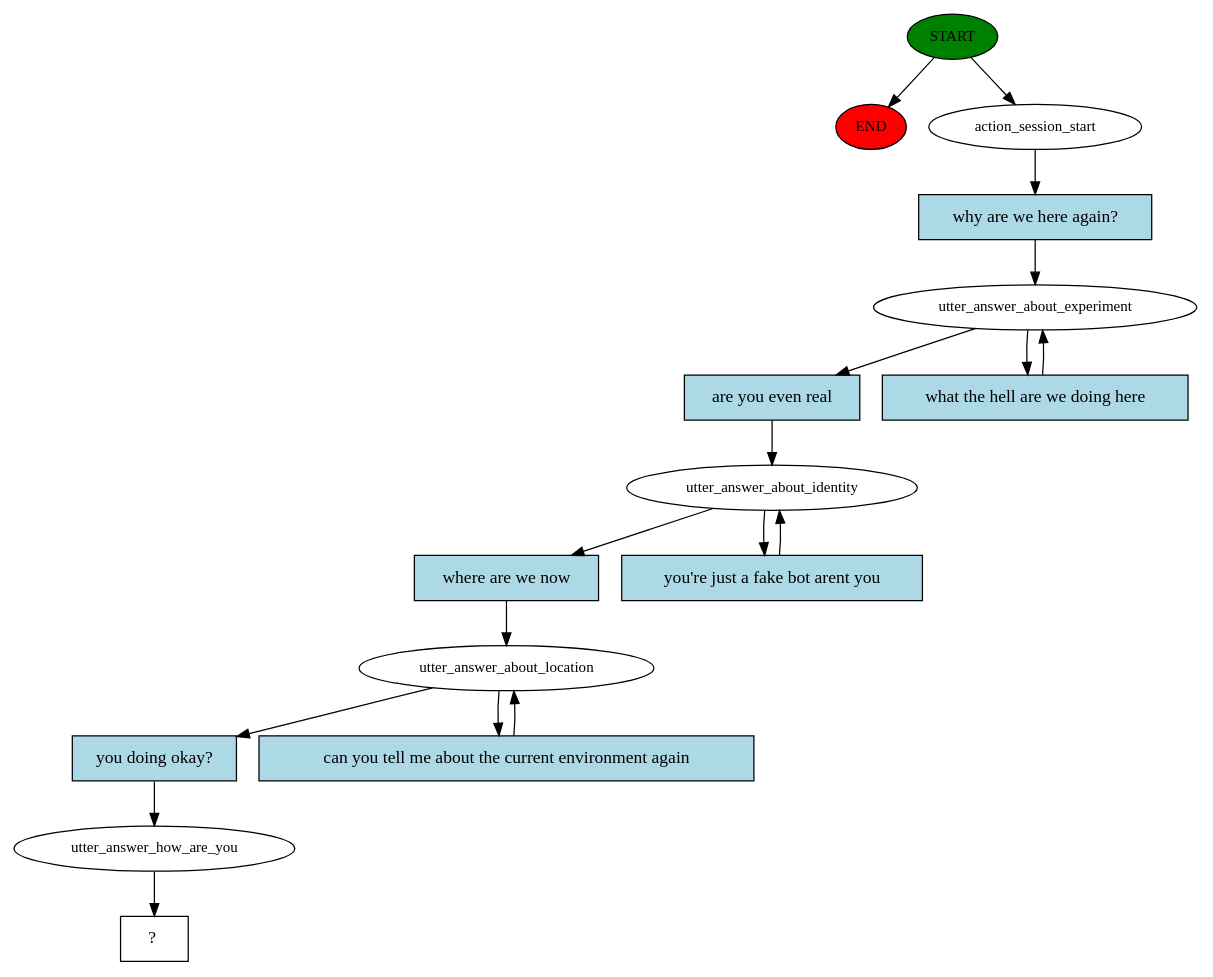
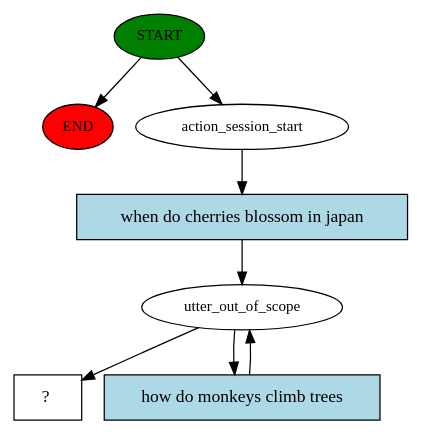
Before and after one commit to gozlen/virtual-assistant: the diagram in story_graph.dot, drawn with Graphviz. The commit also changed 5 other files, not shown here.

```diff
--- a/story_graph.dot
+++ b/story_graph.dot
@@ -1,34 +1,16 @@
 digraph  {
 0 [class="start active", fillcolor=green, fontsize=12, label=START, style=filled];
 "-1" [class=end, fillcolor=red, fontsize=12, label=END, style=filled];
 1 [class=active, fontsize=12, label=action_session_start];
-2 [class=active, fontsize=12, label=utter_answer_about_experiment];
-4 [class=active, fontsize=12, label=utter_answer_about_identity];
-6 [class=active, fontsize=12, label=utter_answer_about_location];
-8 [class=active, fontsize=12, label=utter_answer_how_are_you];
-9 [class="intent dashed active", label="  ?  ", shape=rect];
-10 [class="intent active", fillcolor=lightblue, label="why are we here again?", shape=rect, style=filled];
-11 [class="intent active", fillcolor=lightblue, label="are you even real", shape=rect, style=filled];
-12 [class="intent active", fillcolor=lightblue, label="what the hell are we doing here", shape=rect, style=filled];
-13 [class="intent active", fillcolor=lightblue, label="where are we now", shape=rect, style=filled];
-14 [class="intent active", fillcolor=lightblue, label="you're just a fake bot arent you", shape=rect, style=filled];
-15 [class="intent active", fillcolor=lightblue, label="you doing okay?", shape=rect, style=filled];
-16 [class="intent active", fillcolor=lightblue, label="can you tell me about the current environment again", shape=rect, style=filled];
+2 [class=active, fontsize=12, label=utter_out_of_scope];
+4 [class="intent dashed active", label="  ?  ", shape=rect];
+5 [class="intent active", fillcolor=lightblue, label="when do cherries blossom in japan", shape=rect, style=filled];
+6 [class="intent active", fillcolor=lightblue, label="how do monkeys climb trees", shape=rect, style=filled];
 0 -> "-1"  [class="", key=NONE, label=""];
 0 -> 1  [class=active, key=NONE, label=""];
-1 -> 10  [class=active, key=0];
-2 -> 11  [class=active, key=0];
-2 -> 12  [class=active, key=0];
-4 -> 13  [class=active, key=0];
-4 -> 14  [class=active, key=0];
-6 -> 15  [class=active, key=0];
-6 -> 16  [class=active, key=0];
-8 -> 9  [class=active, key=NONE, label=""];
-10 -> 2  [class=active, key=0];
-11 -> 4  [class=active, key=0];
-12 -> 2  [class=active, key=0];
-13 -> 6  [class=active, key=0];
-14 -> 4  [class=active, key=0];
-15 -> 8  [class=active, key=0];
-16 -> 6  [class=active, key=0];
+1 -> 5  [class=active, key=0];
+2 -> 4  [class=active, key=NONE, label=""];
+2 -> 6  [class=active, key=0];
+5 -> 2  [class=active, key=0];
+6 -> 2  [class=active, key=0];
 }
```
